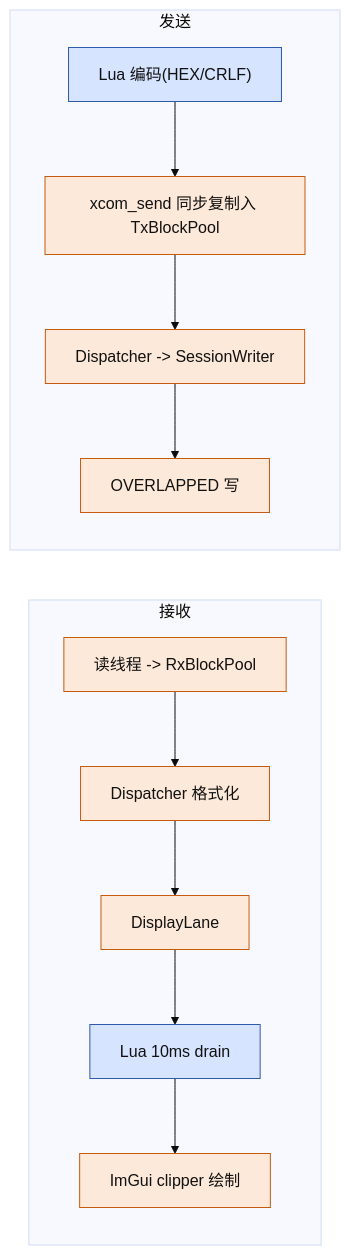
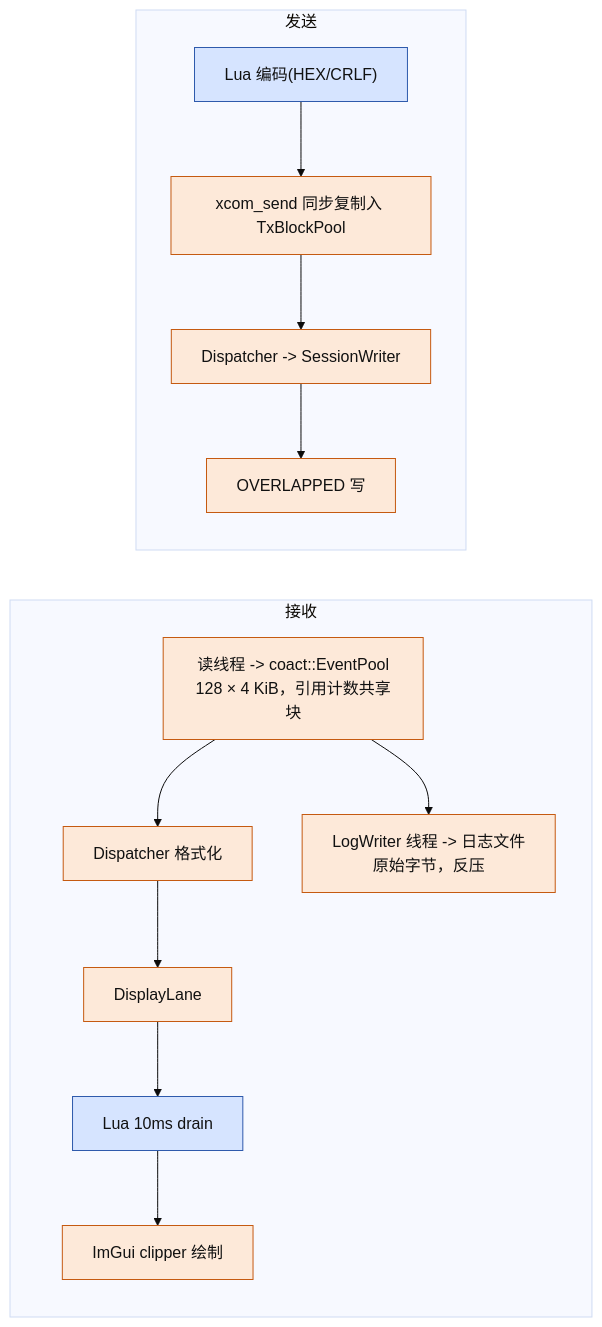
Before and after one commit to DeguiLiu/xcom_lua: the second of 4 diagrams in docs/design-summary.md, drawn with Mermaid. The commit also changed other lines of this file and 19 other files, not shown here.

````diff
--- a/docs/design-summary.md
+++ b/docs/design-summary.md
@@ -133,12 +133,14 @@
 ```mermaid
 %%{init: {'theme':'base','themeVariables':{'fontFamily':'monospace'}}}%%
 flowchart LR
   classDef lua fill:#D6E4FF,stroke:#2E5AAC,color:#111
   classDef cpp fill:#FDE9D9,stroke:#C55A11,color:#111
   subgraph RX["接收"]
-    R1["读线程 -> RxBlockPool"]:::cpp --> R2["Dispatcher 格式化"]:::cpp --> R3["DisplayLane"]:::cpp --> R4["Lua 10ms drain"]:::lua --> R5["ImGui clipper 绘制"]:::cpp
+    R1["读线程 -> coact::EventPool<br/>128 × 4 KiB，引用计数共享块"]:::cpp
+    R1 --> R2["Dispatcher 格式化"]:::cpp --> R3["DisplayLane"]:::cpp --> R4["Lua 10ms drain"]:::lua --> R5["ImGui clipper 绘制"]:::cpp
+    R1 --> R6["LogWriter 线程 -> 日志文件<br/>原始字节，反压"]:::cpp
   end
   subgraph TX["发送"]
     T1["Lua 编码(HEX/CRLF)"]:::lua --> T2["xcom_send 同步复制入 TxBlockPool"]:::cpp --> T3["Dispatcher -> SessionWriter"]:::cpp --> T4["OVERLAPPED 写"]:::cpp
   end
 ```
````
